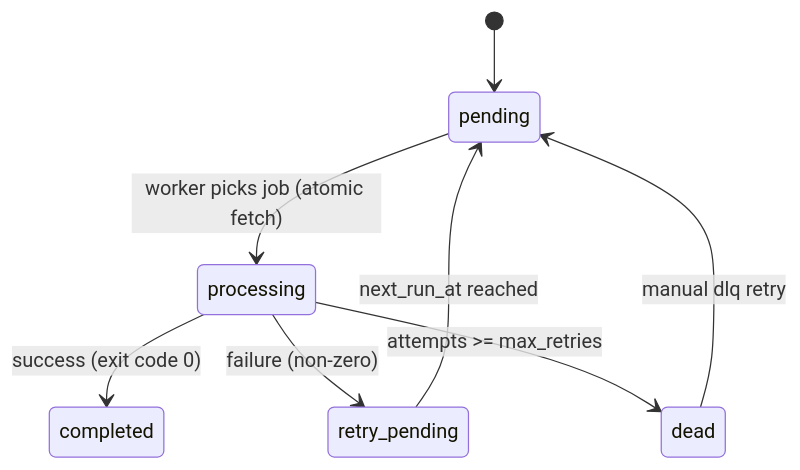
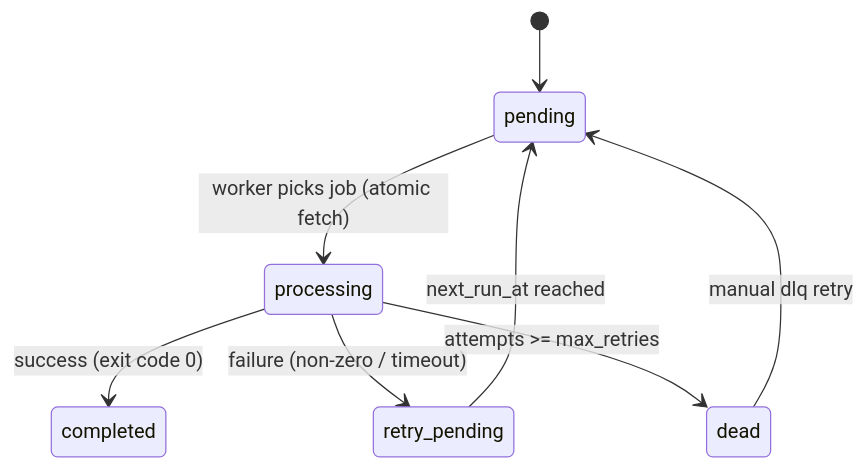
One commit to Kpt10x/Queue_CTL changed the second of 2 diagrams in design.md. Above: the diagram before and after it, drawn with Mermaid. The commit also changed other lines of this file, not shown here.

Commit message:
docs(design): format design.md, fix diagrams, and quote sections 1 and 2

````diff
--- a/design.md
+++ b/design.md
@@ -79,15 +72,13 @@
 ```mermaid
 stateDiagram-v2
+  [*] --> pending
 
-    [*] --> pending
+  pending --> processing : worker picks job (atomic fetch)
+  processing --> completed : success (exit code 0)
 
-    pending --> processing : worker picks job (atomic fetch)
-    processing --> completed : success (exit code 0)
+  processing --> retry_pending : failure (non-zero / timeout)
+  retry_pending --> pending : next_run_at reached
 
-    processing --> retry_pending : failure (non-zero)
-    retry_pending --> pending : next_run_at reached
-
-    processing --> dead : attempts >= max_retries
-
-    dead --> pending : manual dlq retry
+  processing --> dead : attempts >= max_retries
+  dead --> pending : manual dlq retry
 ```
````
